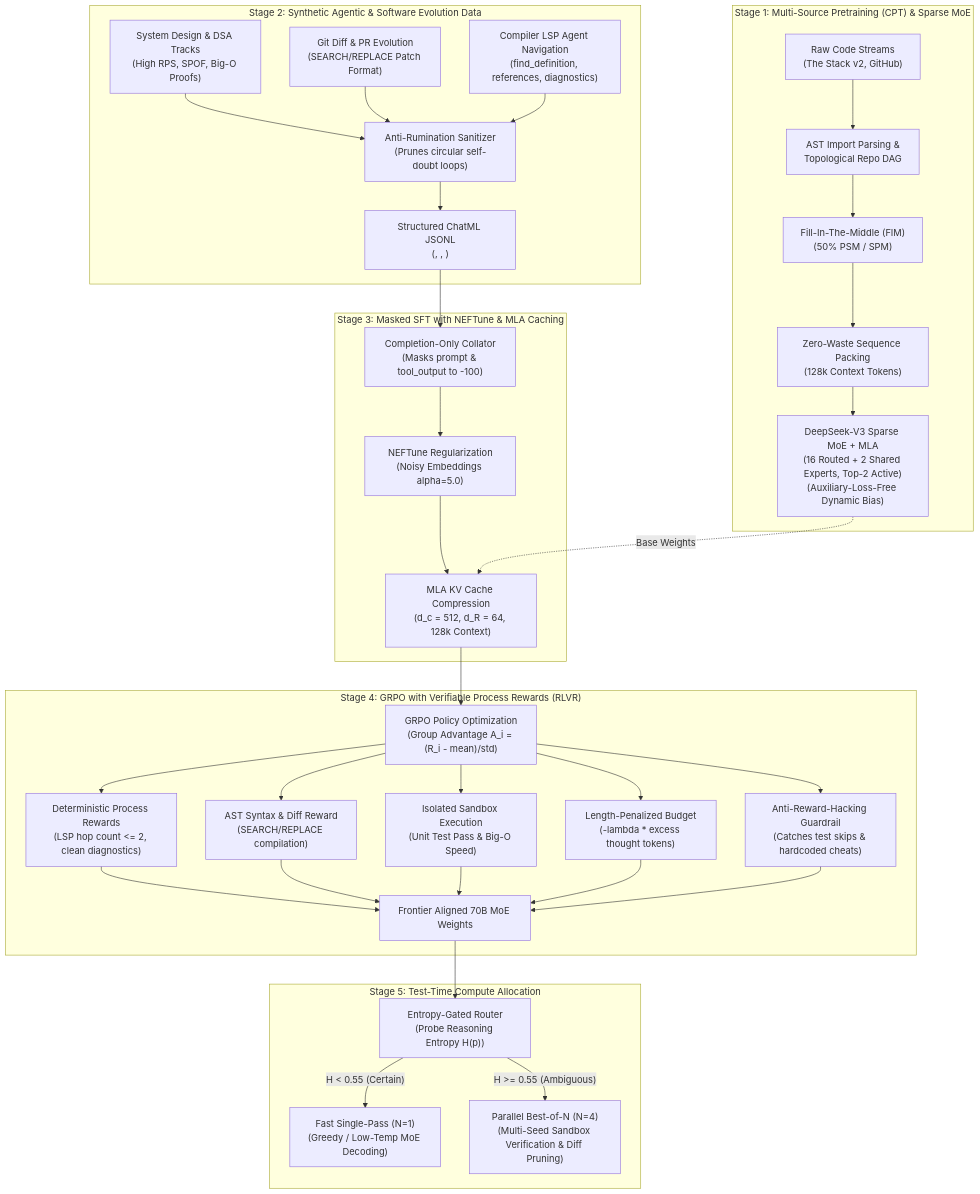
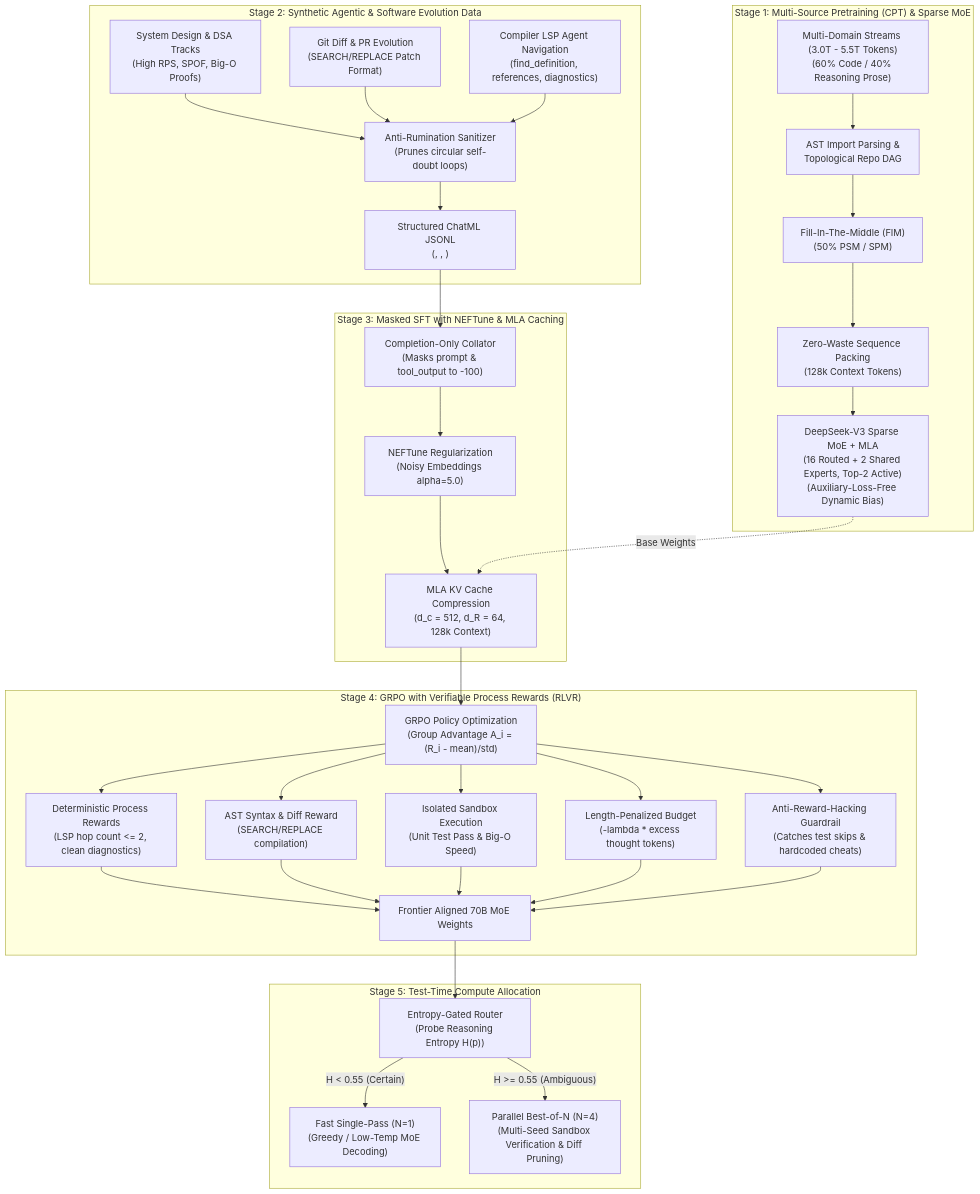
Before and after one commit to erexhost-lang/cadbury_chocolate_70b: the first of 4 diagrams in README.md, drawn with Mermaid. The commit also changed other lines of this file and 6 other files, not shown here.

Commit message:
Incorporate 3.0T-5.5T pre-training data scale, MoE scaling laws, multi-domain dataset mixer, and auxiliary-loss-free router schedule

````diff
--- a/README.md
+++ b/README.md
@@ -46,40 +52,40 @@
 ```mermaid
 flowchart TD
     subgraph Stage1["Stage 1: Multi-Source Pretraining (CPT) & Sparse MoE"]
-        A1["Raw Code Streams\n(The Stack v2, GitHub)"] --> A2["AST Import Parsing &\nTopological Repo DAG"]
+        A1["Multi-Domain Streams (3.0T - 5.5T Tokens)\n(60% Code / 40% Reasoning Prose)"] --> A2["AST Import Parsing &\nTopological Repo DAG"]
         A2 --> A3["Fill-In-The-Middle (FIM)\n(50% PSM / SPM)"]
         A3 --> A4["Zero-Waste Sequence Packing\n(128k Context Tokens)"]
         A4 --> A5["DeepSeek-V3 Sparse MoE + MLA\n(16 Routed + 2 Shared Experts, Top-2 Active)\n(Auxiliary-Loss-Free Dynamic Bias)"]
     end
 
     subgraph Stage2["Stage 2: Synthetic Agentic & Software Evolution Data"]
         B1["System Design & DSA Tracks\n(High RPS, SPOF, Big-O Proofs)"]
         B2["Git Diff & PR Evolution\n(SEARCH/REPLACE Patch Format)"]
         B3["Compiler LSP Agent Navigation\n(find_definition, references, diagnostics)"]
         B1 & B2 & B3 --> B4["Anti-Rumination Sanitizer\n(Prunes circular self-doubt loops)"]
         B4 --> B5["Structured ChatML JSONL\n(<think>, <hypothesis>, <tool_call>)"]
     end
 
     subgraph Stage3["Stage 3: Masked SFT with NEFTune & MLA Caching"]
         B5 --> C1["Completion-Only Collator\n(Masks prompt & tool_output to -100)"]
         C1 --> C2["NEFTune Regularization\n(Noisy Embeddings alpha=5.0)"]
         C2 --> C3["MLA KV Cache Compression\n(d_c = 512, d_R = 64, 128k Context)"]
         A5 -. Base Weights .-> C3
     end
 
     subgraph Stage4["Stage 4: GRPO with Verifiable Process Rewards (RLVR)"]
         C3 --> D1["GRPO Policy Optimization\n(Group Advantage A_i = (R_i - mean)/std)"]
         D1 --> R1["Deterministic Process Rewards\n(LSP hop count <= 2, clean diagnostics)"]
         D1 --> R2["AST Syntax & Diff Reward\n(SEARCH/REPLACE compilation)"]
         D1 --> R3["Isolated Sandbox Execution\n(Unit Test Pass & Big-O Speed)"]
         D1 --> R4["Length-Penalized Budget\n(-lambda * excess thought tokens)"]
         D1 --> R5["Anti-Reward-Hacking Guardrail\n(Catches test skips & hardcoded cheats)"]
         R1 & R2 & R3 & R4 & R5 --> D2["Frontier Aligned 70B MoE Weights"]
     end
 
     subgraph Stage5["Stage 5: Test-Time Compute Allocation"]
         D2 --> E1["Entropy-Gated Router\n(Probe Reasoning Entropy H(p))"]
         E1 -- "H < 0.55 (Certain)" --> E2["Fast Single-Pass (N=1)\n(Greedy / Low-Temp MoE Decoding)"]
         E1 -- "H >= 0.55 (Ambiguous)" --> E3["Parallel Best-of-N (N=4)\n(Multi-Seed Sandbox Verification & Diff Pruning)"]
     end
 ```
````
